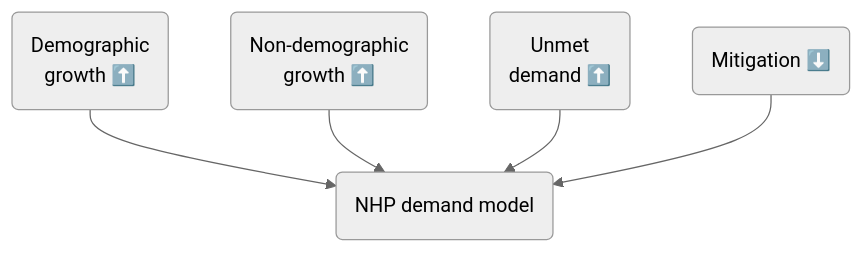
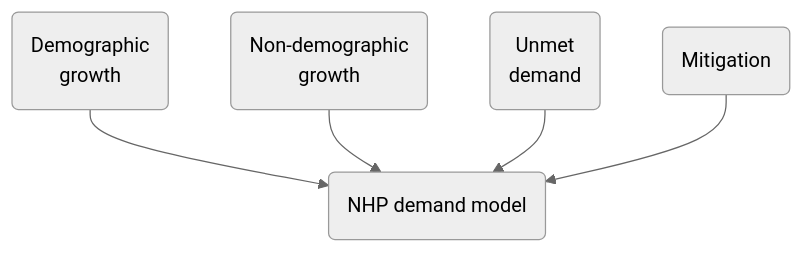
Before and after one commit to The-Strategy-Unit/nhp-model-explainer: the diagram in index.qmd, drawn with Mermaid (neutral theme).

Commit message:
:bug: Fix mermaid diagram

````diff
--- a/index.qmd
+++ b/index.qmd
@@ -66,7 +66,7 @@
 ```{mermaid}
 flowchart TD
-    B(Demographic <br> growth ⬆️) --> A(NHP demand model)
-    c(Non-demographic <br> growth ⬆️) --> A(NHP demand model)
-    D(Unmet <br>demand ⬆️) --> A(NHP demand model)
-    E(Mitigation ⬇️) --> A(NHP demand model)
+    B(Demographic <br>growth) --> A(NHP demand model)
+    C(Non-demographic <br>growth) --> A
+    D(Unmet <br>demand) --> A
+    E(Mitigation) --> A
 ```
````
